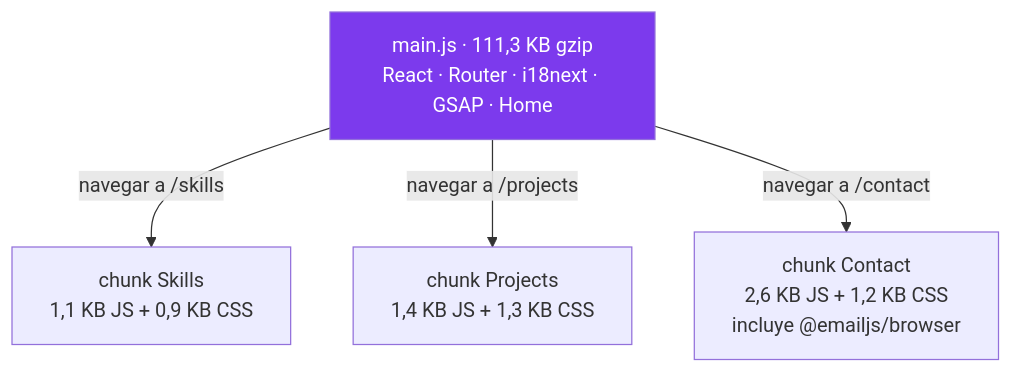
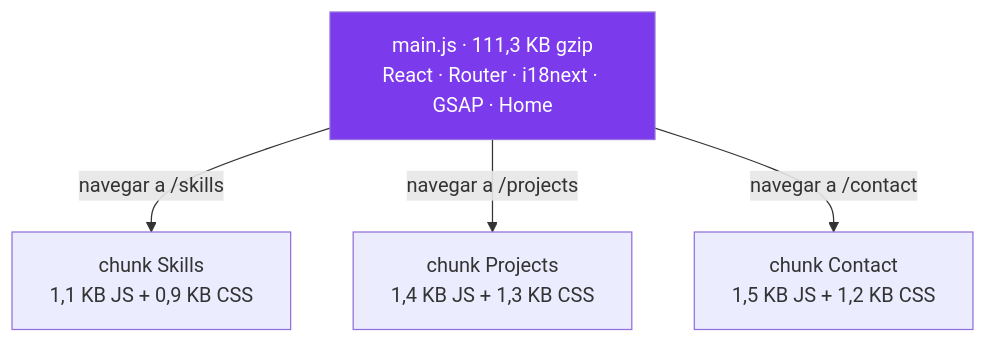
The fourth of 7 diagrams in docs/ARCHITECTURE.md (FernandoRoyano/portfolio), drawn with Mermaid before and after one commit. The commit also changed other lines of this file and 8 other files, not shown here.

````diff
--- a/docs/ARCHITECTURE.md
+++ b/docs/ARCHITECTURE.md
@@ -160,10 +168,10 @@
 ```mermaid
 graph TD
   E["main.js · 111,3 KB gzip<br/>React · Router · i18next · GSAP · Home"]
 
   E -->|navegar a /skills| S["chunk Skills<br/>1,1 KB JS + 0,9 KB CSS"]
   E -->|navegar a /projects| P["chunk Projects<br/>1,4 KB JS + 1,3 KB CSS"]
-  E -->|navegar a /contact| C["chunk Contact<br/>2,6 KB JS + 1,2 KB CSS<br/>incluye @emailjs/browser"]
+  E -->|navegar a /contact| C["chunk Contact<br/>1,5 KB JS + 1,2 KB CSS"]
 
   style E fill:#7c3aed,color:#fff
 ```
````
